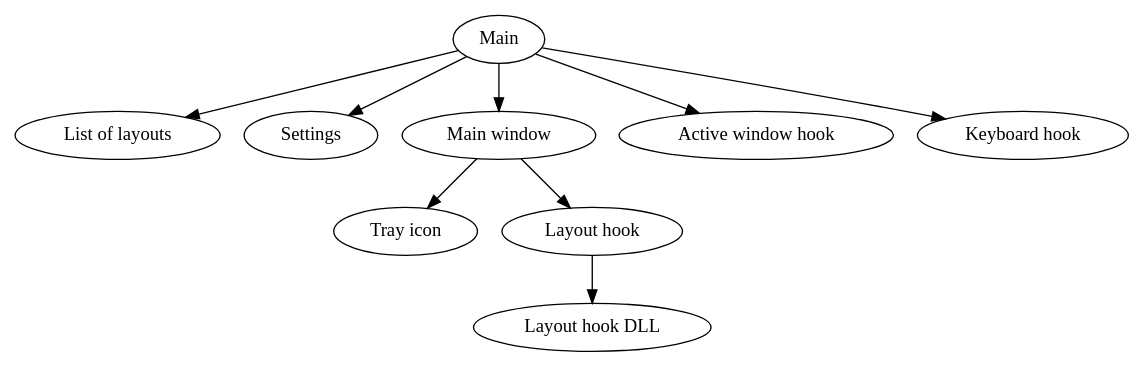
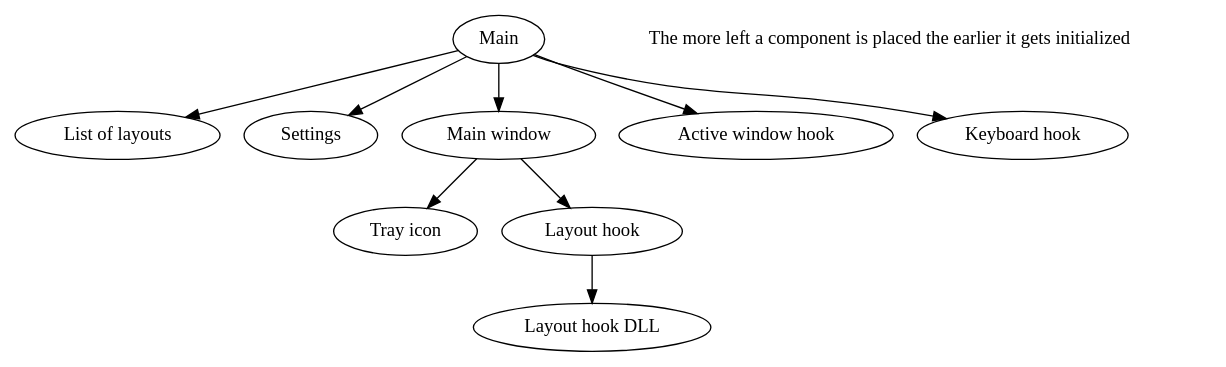
The diagram in diagrams/initialization.dot (Rudokhvist/keyla), drawn with Graphviz before and after one commit. The commit also changed 17 other files, not shown here.

Commit message:
Modified hot key handling and updated diagrams

```diff
--- a/diagrams/initialization.dot
+++ b/diagrams/initialization.dot
@@ -1,20 +1,25 @@
-digraph initialization{	
-	Main
-	Lol[label="List of layouts"]
-	Settings[]
-	Mw[label="Main window"]
-	Ti[label="Tray icon"]
-	Lh[label="Layout hook"]
-	Lhd[label="Layout hook DLL"]
-	Ah[label="Active window hook"]
-	Kh[label="Keyboard hook"]
-	
+digraph initialization{
+
+	Main[pos="7,4!"]
+	Lol[label="List of layouts", pos="2,3!"]
+	Settings[pos="4,3!"]
+	Mw[label="Main window", pos="6,3!"]
+	Ti[label="Tray icon", pos="5,2!"]
+	Lh[label="Layout hook", pos="7,2!"]
+	Lhd[label="Layout hook DLL", pos="7,1!"]
+	Ah[label="Active window hook", pos="9,3!"]
+	Kh[label="Keyboard hook", pos="12,3!"]
+
 	Main -> Lol
 	Main -> Settings
 	Main -> Mw
 	Mw -> Ti
 	Mw -> Lh
 	Lh -> Lhd
 	Main -> Ah
 	Main -> Kh
+	
+	subgraph Legend {
+		2[pos="7,0!",shape="plaintext",label="The more left a component is placed the earlier it gets initialized"]
+	}
 }
```
